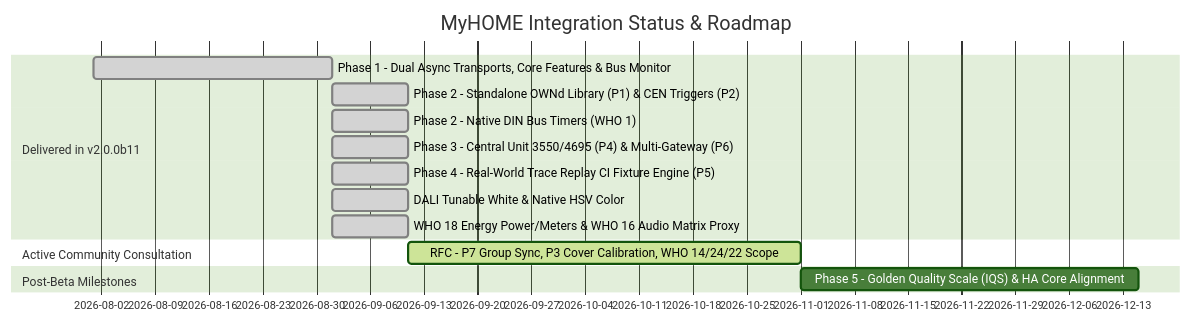
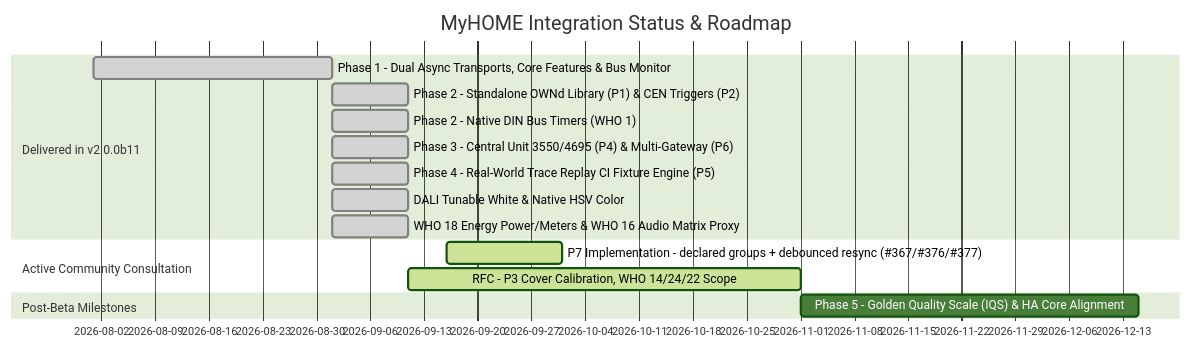
One commit to GreenGrassBlueOcean/MyHOME changed the first of 3 diagrams in ROADMAP.md. Above: the diagram before and after it, drawn with Mermaid (forest theme). The commit also changed other lines of this file and 10 other files, not shown here.

First line of the commit message:
fix(light): declared groups send real frames, poll correctly, keep FLASH/is_apl_address intact

````diff
--- a/ROADMAP.md
+++ b/ROADMAP.md
@@ -13,17 +13,18 @@
 ```mermaid
 gantt
     title MyHOME Integration Status & Roadmap
     dateFormat  YYYY-MM-DD
     section Delivered in v2.0.0b11
     Phase 1 - Dual Async Transports, Core Features & Bus Monitor    :done, 2026-08-01, 2026-09-01
     Phase 2 - Standalone OWNd Library (P1) & CEN Triggers (P2)      :done, 2026-09-01, 2026-09-11
     Phase 2 - Native DIN Bus Timers (WHO 1)                         :done, 2026-09-01, 2026-09-11
     Phase 3 - Central Unit 3550/4695 (P4) & Multi-Gateway (P6)      :done, 2026-09-01, 2026-09-11
     Phase 4 - Real-World Trace Replay CI Fixture Engine (P5)        :done, 2026-09-01, 2026-09-11
     DALI Tunable White & Native HSV Color                           :done, 2026-09-01, 2026-09-11
     WHO 18 Energy Power/Meters & WHO 16 Audio Matrix Proxy          :done, 2026-09-01, 2026-09-11
     section Active Community Consultation
-    RFC - P7 Group Sync, P3 Cover Calibration, WHO 14/24/22 Scope   :active, 2026-09-11, 2026-11-01
+    P7 Implementation - declared groups + debounced resync (#367/#376/#377) :active, 2026-09-16, 2026-10-01
+    RFC - P3 Cover Calibration, WHO 14/24/22 Scope                  :active, 2026-09-11, 2026-11-01
     section Post-Beta Milestones
     Phase 5 - Golden Quality Scale (IQS) & HA Core Alignment         :2026-11-01, 2026-12-15
 ```
````
